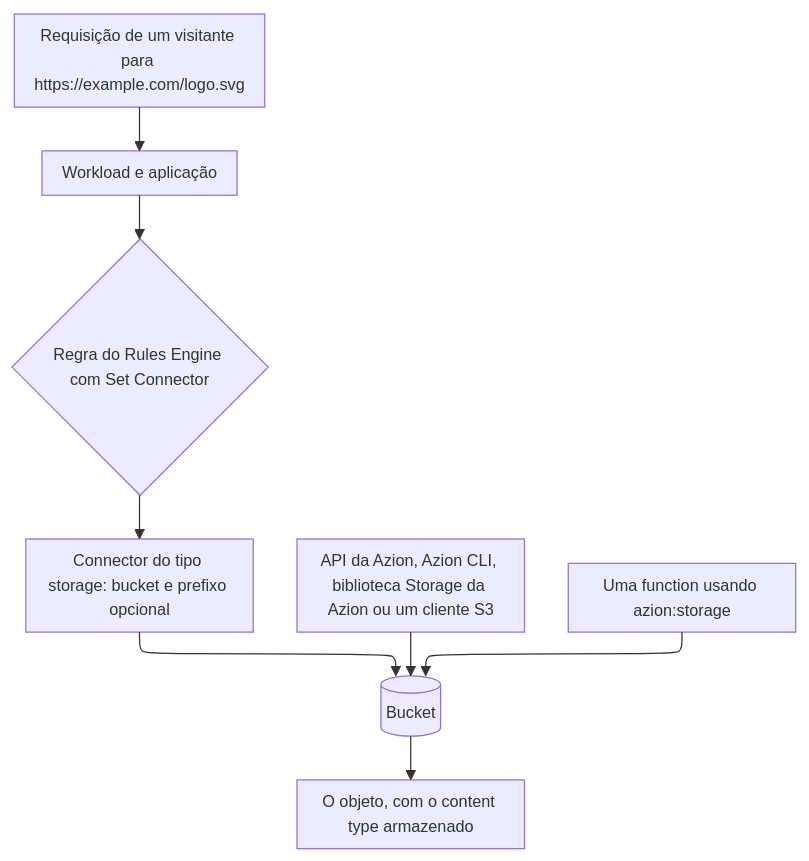
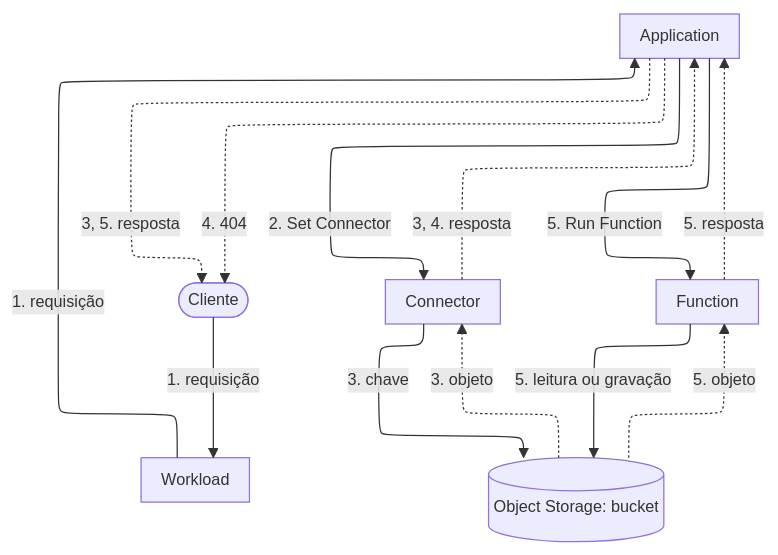
One commit to aziontech/docs changed the diagram in apps/docs/src/content/docs/pt-br/pages/menu-principal/referencia/store/edge-storage/index.mdx. Above: the diagram before and after it, drawn with Mermaid. The commit also changed other lines of this file and 41 other files, not shown here.

Commit message:
fix(object-storage): test the Object Storage section against the product and correct the pages (#2712)

````diff
--- a/apps/docs/src/content/docs/pt-br/pages/menu-principal/referencia/store/edge-storage/index.mdx
+++ b/apps/docs/src/content/docs/pt-br/pages/menu-principal/referencia/store/edge-storage/index.mdx
@@ -64,11 +34,22 @@
 ```mermaid
-%%{init: {"layout": "elk", "themeVariables": {"fontSize": "13px"}, "flowchart": {"nodeSpacing": 24, "rankSpacing": 36, "padding": 8, "wrappingWidth": 150, "useMaxWidth": true}, "sequence": {"width": 120, "actorMargin": 30, "useMaxWidth": true}}}%%
+%%{init: {"layout": "elk", "elk": {"cycleBreakingStrategy": "MODEL_ORDER"}, "themeVariables": {"fontSize": "13px"}, "flowchart": {"nodeSpacing": 24, "rankSpacing": 36, "padding": 8, "wrappingWidth": 150, "useMaxWidth": true}, "sequence": {"width": 120, "actorMargin": 30, "useMaxWidth": true}}}%%
 flowchart TD
-  Client["Requisição de um visitante para https://example.com/logo.svg"] --> App["Workload e aplicação"]
-  App --> Rule{"Regra do Rules Engine com Set Connector"}
-  Rule --> Conn["Connector do tipo storage: bucket e prefixo opcional"]
-  Conn --> Bucket[("Bucket")]
-  Tool["API da Azion, Azion CLI, biblioteca Storage da Azion ou um cliente S3"] --> Bucket
-  Fn["Uma function usando azion:storage"] --> Bucket
-  Bucket --> Object["O objeto, com o content type armazenado"]
+  Client(["Cliente"])
+  WL["Workload"]
+  App["Application"]
+  Conn["Connector"]
+  Fn["Function"]
+  Bucket[("Object Storage: bucket")]
+  Client -->|"1. requisição"| WL
+  WL -->|"1. requisição"| App
+  App -->|"2. Set Connector"| Conn
+  Conn -->|"3. chave"| Bucket
+  Bucket -.->|"3. objeto"| Conn
+  Conn -.->|"3, 4. resposta"| App
+  App -->|"5. Run Function"| Fn
+  Fn -->|"5. leitura ou gravação"| Bucket
+  Bucket -.->|"5. objeto"| Fn
+  Fn -.->|"5. resposta"| App
+  App -.->|"3, 5. resposta"| Client
+  App -.->|"4. 404"| Client
 ```
````
